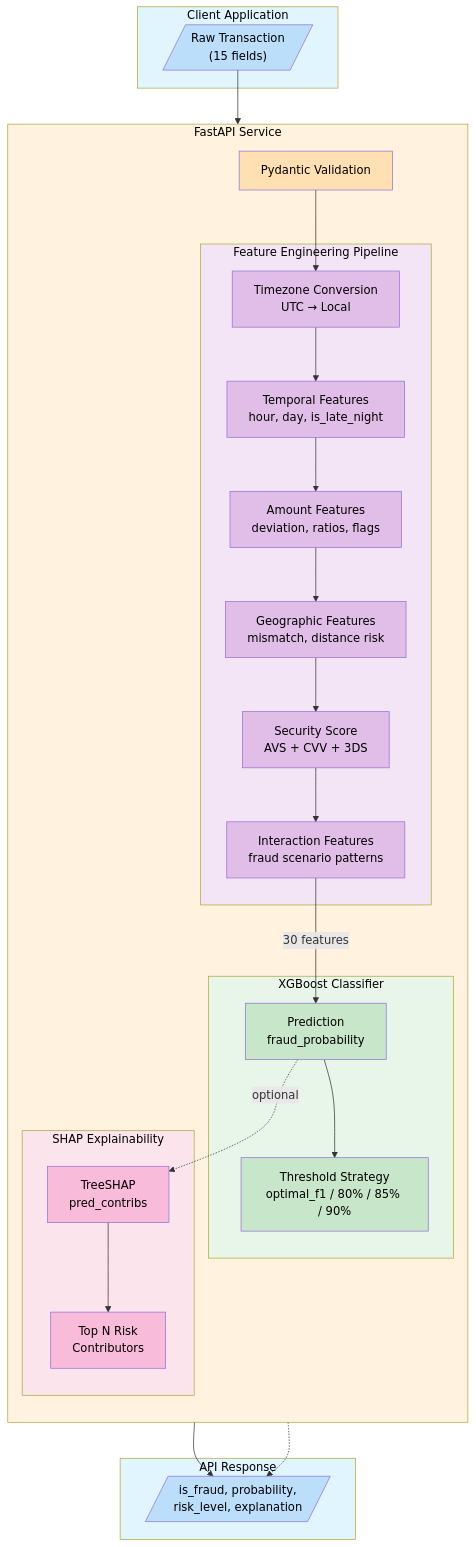
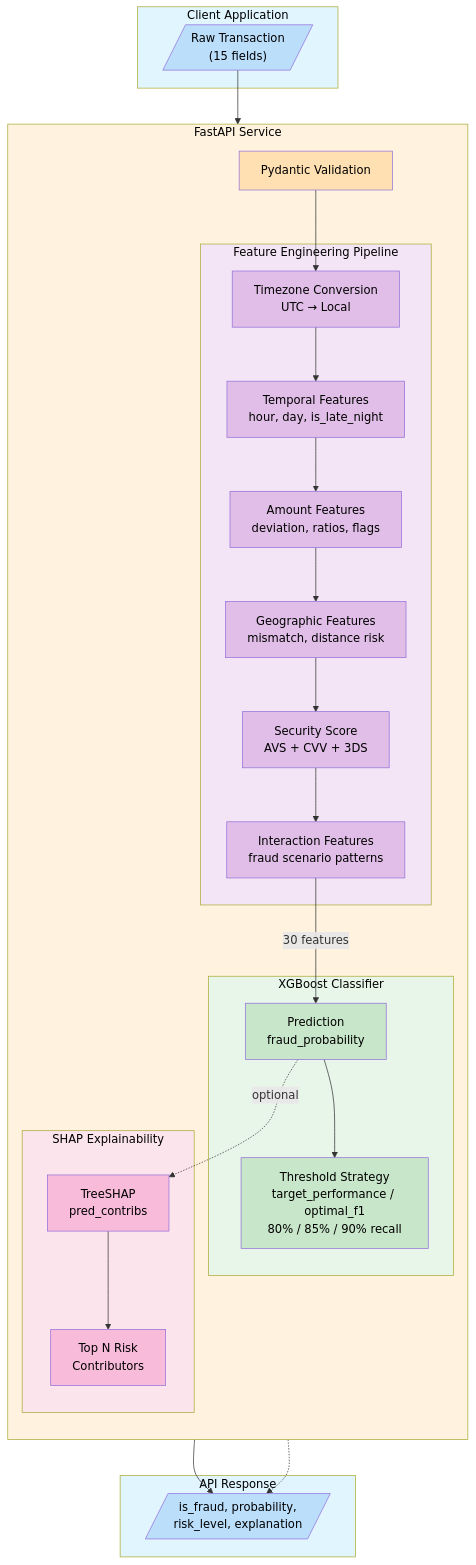
Before and after one commit to frederick-douglas-pearce/e-commerce-fraud-detection: the diagram in README.md, drawn with Mermaid. The commit also changed other lines of this file, not shown here.

First line of the commit message:
Add target_performance threshold strategy to documentation

````diff
--- a/README.md
+++ b/README.md
@@ -63,64 +63,64 @@
 ```mermaid
 flowchart TB
     subgraph Client["Client Application"]
         REQ[/"Raw Transaction<br/>(15 fields)"/]
     end
 
     subgraph API["FastAPI Service"]
         direction TB
         VAL[Pydantic Validation]
 
         subgraph Pipeline["Feature Engineering Pipeline"]
             TZ[Timezone Conversion<br/>UTC → Local]
             TEMP[Temporal Features<br/>hour, day, is_late_night]
             AMT[Amount Features<br/>deviation, ratios, flags]
             GEO[Geographic Features<br/>mismatch, distance risk]
             SEC[Security Score<br/>AVS + CVV + 3DS]
             INT[Interaction Features<br/>fraud scenario patterns]
         end
 
         subgraph Model["XGBoost Classifier"]
             PRED[Prediction<br/>fraud_probability]
-            THR[Threshold Strategy<br/>optimal_f1 / 80% / 85% / 90%]
+            THR[Threshold Strategy<br/>target_performance / optimal_f1<br/>80% / 85% / 90% recall]
         end
 
         subgraph Explain["SHAP Explainability"]
             SHAP[TreeSHAP<br/>pred_contribs]
             TOP[Top N Risk<br/>Contributors]
         end
     end
 
     subgraph Response["API Response"]
         OUT[/"is_fraud, probability,<br/>risk_level, explanation"/]
     end
 
     REQ --> VAL
     VAL --> TZ
     TZ --> TEMP --> AMT --> GEO --> SEC --> INT
     INT --> |"30 features"| PRED
     PRED --> THR
     PRED -.-> |"optional"| SHAP
     SHAP --> TOP
     THR --> OUT
     TOP -.-> OUT
 
     style Client fill:#e1f5fe,color:#000
     style API fill:#fff3e0,color:#000
     style Pipeline fill:#f3e5f5,color:#000
     style Model fill:#e8f5e9,color:#000
     style Explain fill:#fce4ec,color:#000
     style Response fill:#e1f5fe,color:#000
     style REQ fill:#bbdefb,color:#000
     style VAL fill:#ffe0b2,color:#000
     style TZ fill:#e1bee7,color:#000
     style TEMP fill:#e1bee7,color:#000
     style AMT fill:#e1bee7,color:#000
     style GEO fill:#e1bee7,color:#000
     style SEC fill:#e1bee7,color:#000
     style INT fill:#e1bee7,color:#000
     style PRED fill:#c8e6c9,color:#000
     style THR fill:#c8e6c9,color:#000
     style SHAP fill:#f8bbd9,color:#000
     style TOP fill:#f8bbd9,color:#000
     style OUT fill:#bbdefb,color:#000
 ```
````
